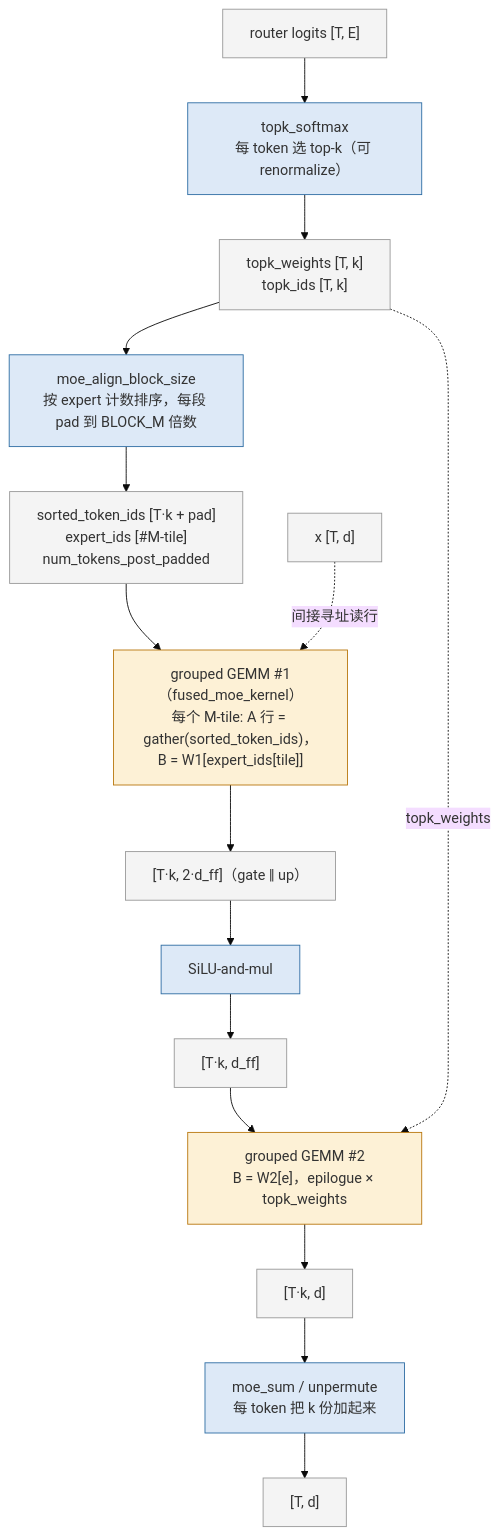
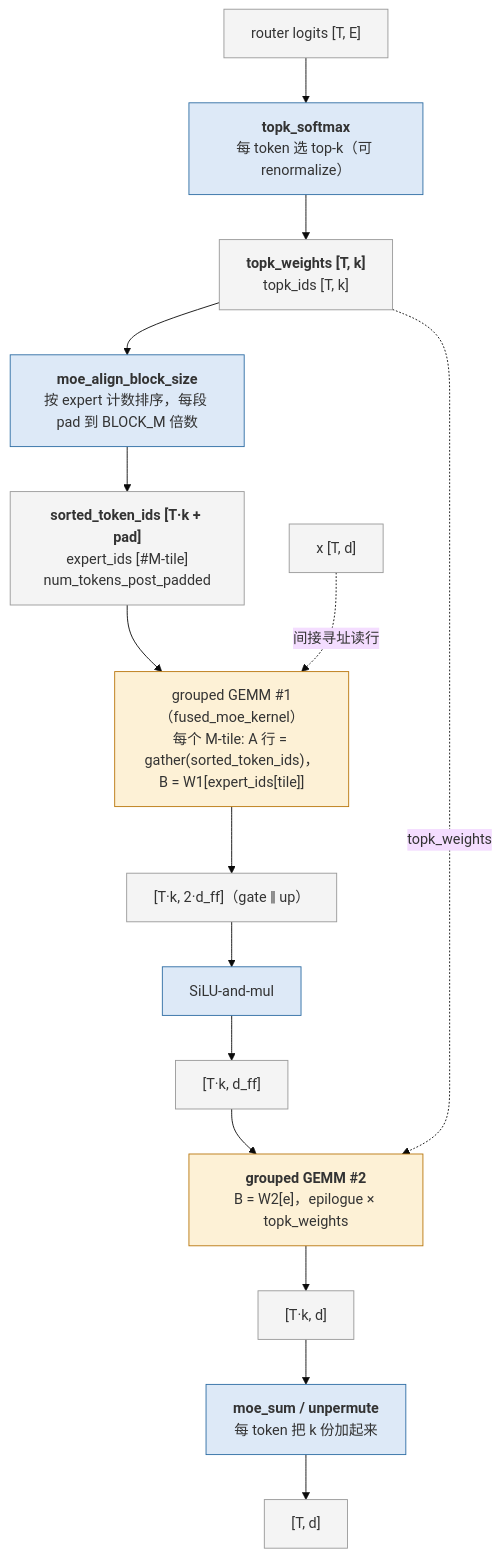
One commit to arganzheng/arganzheng.github.com changed the third of 4 diagrams in _posts/2026-05-19-quantization-and-fused-kernels.md. Above: the diagram before and after it, drawn with Mermaid (base theme). The commit also changed other lines of this file and 10 other files, not shown here.

First line of the commit message:
GPU Kernel 工程：从 CUDA 执行模型到 FlashAttention：Mermaid 多行方框的首行标为标题（11 篇）

````diff
--- a/_posts/2026-05-19-quantization-and-fused-kernels.md
+++ b/_posts/2026-05-19-quantization-and-fused-kernels.md
@@ -702,28 +702,28 @@
 ```mermaid
 %% 图：vLLM fused MoE 流水线：topk_softmax → moe_align_block_size → grouped GEMM #1 → SiLU-and-mul → grouped GEMM #2 → 加权求和
 flowchart TB
     logits["router logits [T, E]"]
-    topk["topk_softmax<br/>每 token 选 top-k（可 renormalize）"]
-    ids["topk_weights [T, k]<br/>topk_ids [T, k]"]
-    align["moe_align_block_size<br/>按 expert 计数排序，每段 pad 到 BLOCK_M 倍数"]
-    meta["sorted_token_ids [T·k + pad]<br/>expert_ids [#M-tile]<br/>num_tokens_post_padded"]
+    topk["<b>topk_softmax</b><br/>每 token 选 top-k（可 renormalize）"]
+    ids["<b>topk_weights [T, k]</b><br/>topk_ids [T, k]"]
+    align["<b>moe_align_block_size</b><br/>按 expert 计数排序，每段 pad 到 BLOCK_M 倍数"]
+    meta["<b>sorted_token_ids [T·k + pad]</b><br/>expert_ids [#M-tile]<br/>num_tokens_post_padded"]
     g1["grouped GEMM #1（fused_moe_kernel）<br/>每个 M-tile: A 行 = gather(sorted_token_ids)，B = W1[expert_ids[tile]]"]
     gu["[T·k, 2·d_ff]（gate ‖ up）"]
     act["SiLU-and-mul"]
     h["[T·k, d_ff]"]
-    g2["grouped GEMM #2<br/>B = W2[e]，epilogue × topk_weights"]
+    g2["<b>grouped GEMM #2</b><br/>B = W2[e]，epilogue × topk_weights"]
     o["[T·k, d]"]
-    sum["moe_sum / unpermute<br/>每 token 把 k 份加起来"]
+    sum["<b>moe_sum / unpermute</b><br/>每 token 把 k 份加起来"]
     out["[T, d]"]
 
     logits --> topk --> ids --> align --> meta --> g1 --> gu --> act --> h --> g2 --> o --> sum --> out
     ids -. "topk_weights" .-> g2
     x["x [T, d]"] -. "间接寻址读行" .-> g1
 
     classDef small fill:#dde9f7,stroke:#2e6da4
     classDef gemm fill:#fdf1d6,stroke:#b9770e
     classDef data fill:#f4f4f4,stroke:#999
     class topk,align,act,sum small
     class g1,g2 gemm
     class logits,ids,meta,gu,h,o,out,x data
 ```
````
